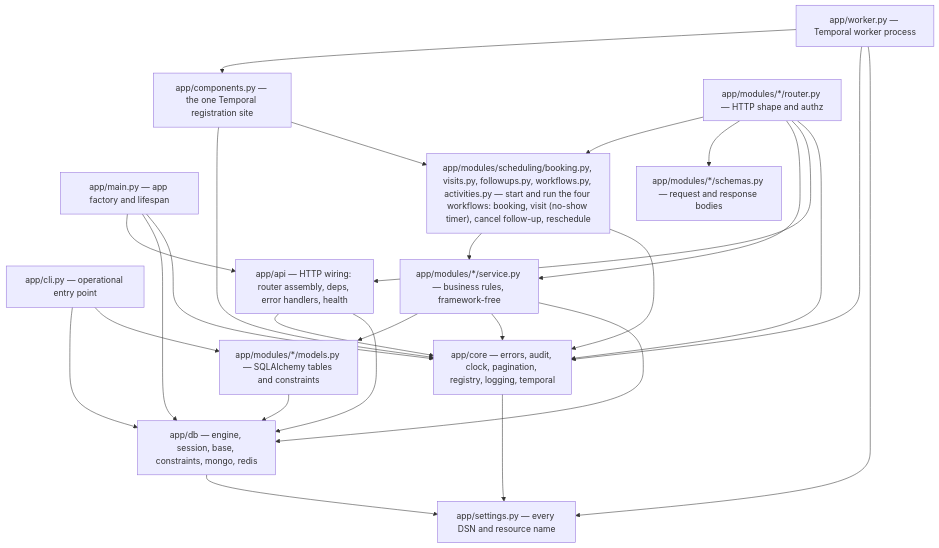
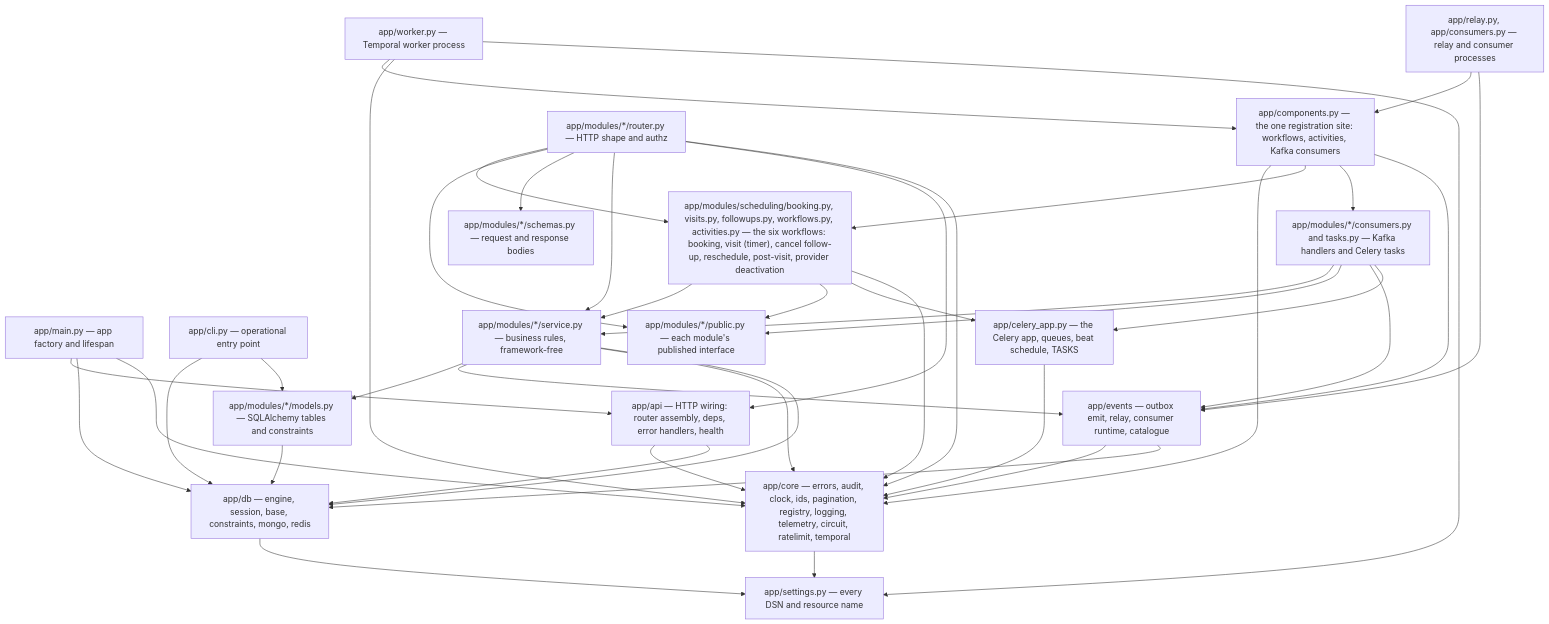
Before and after one commit to sadainiqrar/smarthealth: the second of 15 diagrams in docs/ARCHITECTURE.md, drawn with Mermaid. The commit also changed other lines of this file and 3 other files, not shown here.

````diff
--- a/docs/ARCHITECTURE.md
+++ b/docs/ARCHITECTURE.md
@@ -106,42 +183,62 @@
 ```mermaid
 flowchart TD
     main["app/main.py — app factory and lifespan"]
     cli["app/cli.py — operational entry point"]
     worker["app/worker.py — Temporal worker process"]
-    components["app/components.py — the one Temporal registration site"]
+    procs["app/relay.py, app/consumers.py — relay and consumer processes"]
+    components["app/components.py — the one registration site: workflows, activities, Kafka consumers"]
     api["app/api — HTTP wiring: router assembly, deps, error handlers, health"]
     routers["app/modules/*/router.py — HTTP shape and authz"]
     schemas["app/modules/*/schemas.py — request and response bodies"]
     services["app/modules/*/service.py — business rules, framework-free"]
-    temporalmod["app/modules/scheduling/booking.py, visits.py, followups.py, workflows.py, activities.py — start and run the four workflows: booking, visit (no-show timer), cancel follow-up, reschedule"]
+    temporalmod["app/modules/scheduling/booking.py, visits.py, followups.py, workflows.py, activities.py — the six workflows: booking, visit (timer), cancel follow-up, reschedule, post-visit, provider deactivation"]
+    async["app/modules/*/consumers.py and tasks.py — Kafka handlers and Celery tasks"]
+    public["app/modules/*/public.py — each module's published interface"]
+    events["app/events — outbox emit, relay, consumer runtime, catalogue"]
+    celery["app/celery_app.py — the Celery app, queues, beat schedule, TASKS"]
     models["app/modules/*/models.py — SQLAlchemy tables and constraints"]
     db["app/db — engine, session, base, constraints, mongo, redis"]
-    core["app/core — errors, audit, clock, pagination, registry, logging, temporal"]
+    core["app/core — errors, audit, clock, ids, pagination, registry, logging, telemetry, circuit, ratelimit, temporal"]
     settings["app/settings.py — every DSN and resource name"]
 
     main --> api
     main --> db
     main --> core
     cli --> db
     cli --> models
     worker --> components
     worker --> core
     worker --> settings
+    procs --> components
+    procs --> events
     components --> core
     components --> temporalmod
+    components --> async
+    components --> events
     routers --> temporalmod
+    routers --> public
     temporalmod --> services
+    temporalmod --> public
+    temporalmod --> celery
     temporalmod --> core
+    async --> services
+    async --> public
+    async --> events
+    async --> celery
     api --> core
     api --> db
     routers --> schemas
     routers --> services
     routers --> api
     routers --> core
     services --> models
+    services --> events
     services --> core
     services --> db
+    events --> core
+    events --> db
+    celery --> core
     models --> db
     db --> settings
     core --> settings
 ```
````
